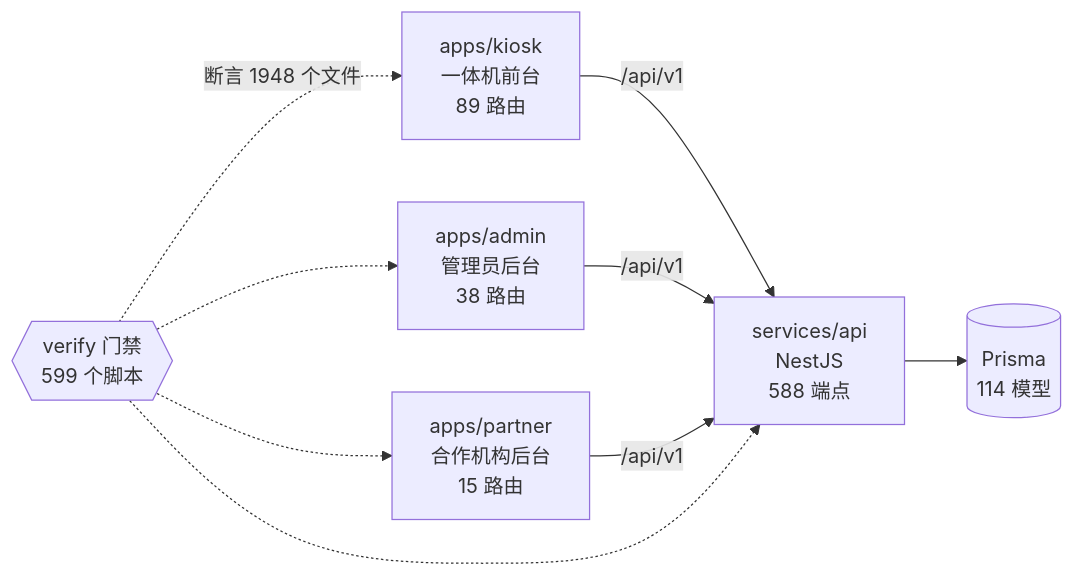
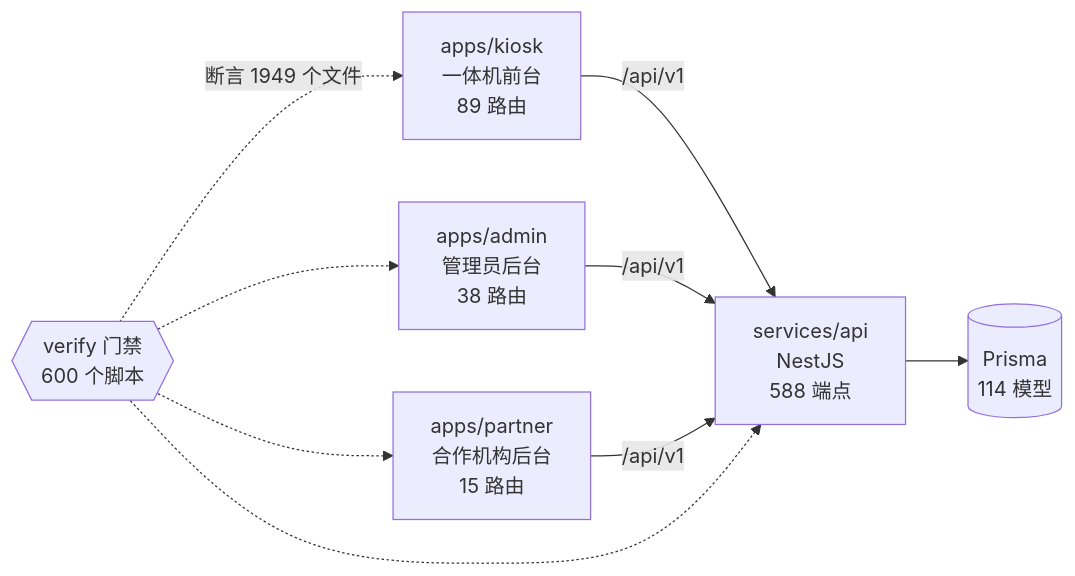
Before and after one commit to wanglei581/YITIJI: the diagram in docs/graph/README.md, drawn with Mermaid. The commit also changed other lines of this file and 2 other files, not shown here.

Commit message:
chore(graph): 短信拒发告警门禁登记后重生图谱（实现方生成时新文件还没进索引，漏登）

````diff
--- a/docs/graph/README.md
+++ b/docs/graph/README.md
@@ -68,18 +68,18 @@
 ```mermaid
 flowchart LR
   kiosk["apps/kiosk<br/>一体机前台<br/>89 路由"]
   admin["apps/admin<br/>管理员后台<br/>38 路由"]
   partner["apps/partner<br/>合作机构后台<br/>15 路由"]
   api["services/api<br/>NestJS<br/>588 端点"]
   db[("Prisma<br/>114 模型")]
-  gates{{"verify 门禁<br/>599 个脚本"}}
+  gates{{"verify 门禁<br/>600 个脚本"}}
 
   kiosk -->|"/api/v1"| api
   admin -->|"/api/v1"| api
   partner -->|"/api/v1"| api
   api --> db
-  gates -.->|"断言 1948 个文件"| kiosk
+  gates -.->|"断言 1949 个文件"| kiosk
   gates -.-> admin
   gates -.-> partner
   gates -.-> api
 ```
````
